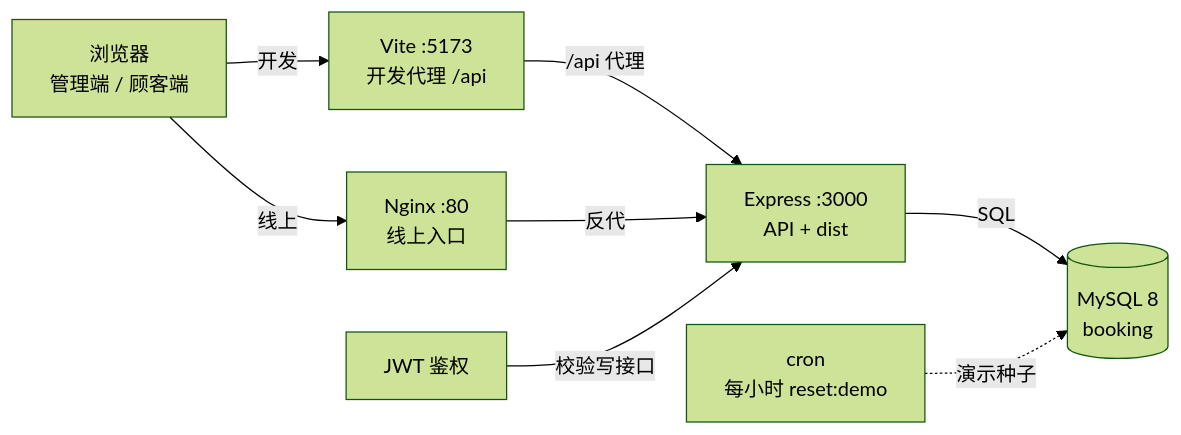
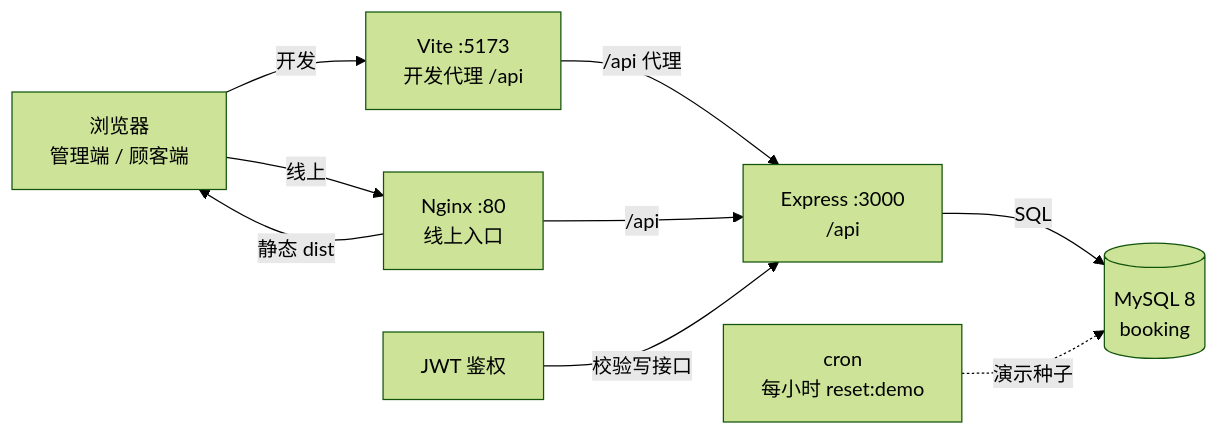
The diagram in README.md (Lumos661514/RBMS), drawn with Mermaid (forest theme) before and after one commit. The commit also changed other lines of this file and 20 other files, not shown here.

````diff
--- a/README.md
+++ b/README.md
@@ -12,18 +12,19 @@
 ```mermaid
 flowchart LR
   browser["浏览器<br/>管理端 / 顾客端"]
   vite["Vite :5173<br/>开发代理 /api"]
   nginx["Nginx :80<br/>线上入口"]
-  express["Express :3000<br/>API + dist"]
+  express["Express :3000<br/>/api"]
   jwt["JWT 鉴权"]
   mysql[("MySQL 8<br/>booking")]
   cron["cron<br/>每小时 reset:demo"]
 
   browser -->|开发| vite
   browser -->|线上| nginx
   vite -->|/api 代理| express
-  nginx -->|反代| express
+  nginx -->|静态 dist| browser
+  nginx -->|/api| express
   jwt -->|校验写接口| express
   express -->|SQL| mysql
   cron -.->|演示种子| mysql
 ```
````
